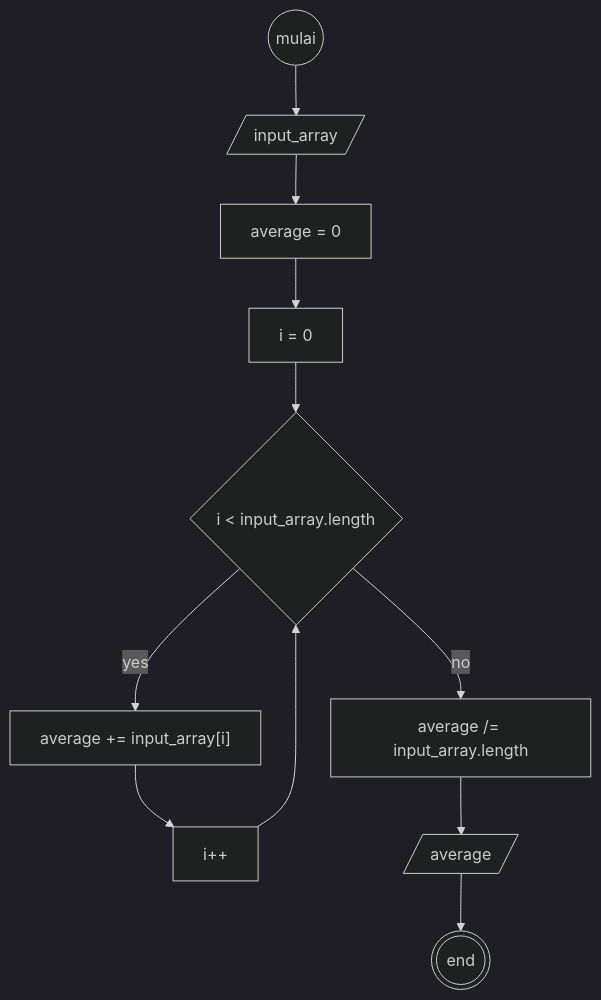
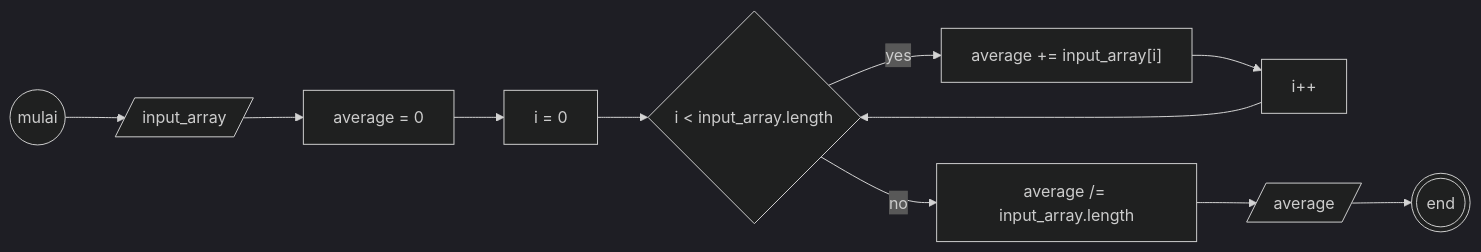
The third of 3 diagrams in README.md (daberpro/koda-b10-javascript4), drawn with Mermaid (dark theme) before and after one commit.

````diff
--- a/README.md
+++ b/README.md
@@ -72,33 +72,33 @@
 ```mermaid
 
-flowchart TB
+flowchart LR
     Start((mulai))
 
     InputArray[/input_array/]
     Avg[average = 0]
     AvgAssign[average /= input_array.length]
     
     AssignAvg["average += input_array[i]"]
     
     I[i = 0]
     TambahI[i++]
     CekI{i < input_array.length}
 
     CetakHasil[/average/]
 
     End(((end)))
 
     Start --> InputArray
     InputArray --> Avg
 
     Avg --> I 
     I --> CekI
     CekI --> |yes|AssignAvg
     AssignAvg --> TambahI
     TambahI --> CekI
 
     CekI --> |no| AvgAssign
     AvgAssign --> CetakHasil
     CetakHasil --> End
 
 ```
````
